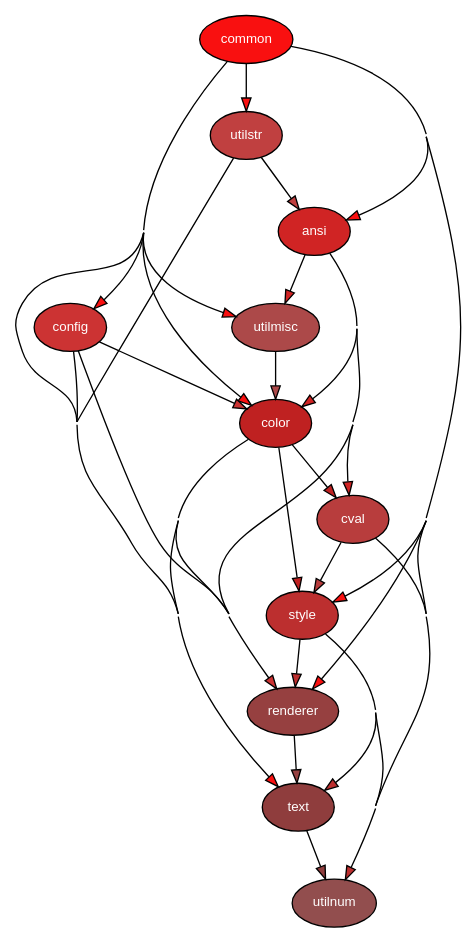
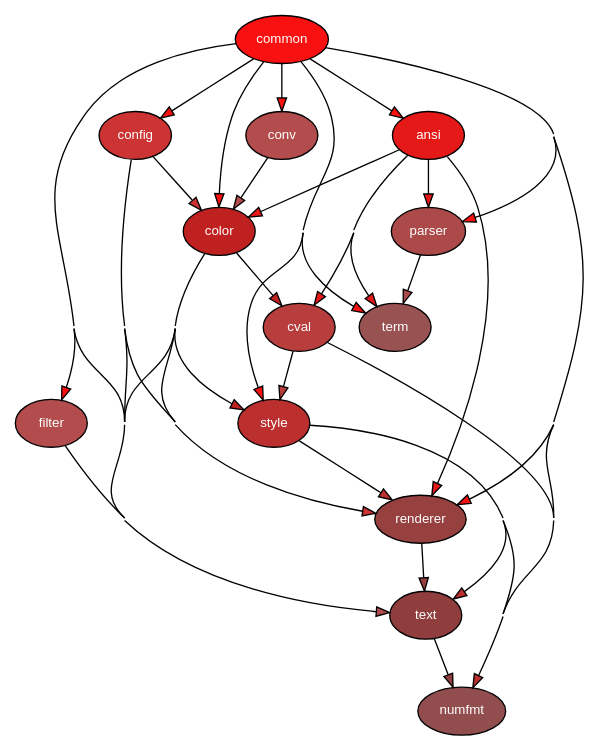
Before and after one commit to delameter/pytermor: the diagram in docs/generated/module.dot, drawn with Graphviz. The commit also changed 49 other files, not shown here.

```diff
--- a/docs/generated/module.dot
+++ b/docs/generated/module.dot
@@ -1,49 +1,54 @@
 
 digraph G {
     concentrate = true;
 
     rankdir = TB;
     node [style=filled,fillcolor="#ffffff",fontcolor="#000000",fontname=Helvetica,fontsize=10];
 
-    pytermor_ansi [fillcolor="#d02424",fontcolor="#ffffff",label="ansi"];
+    pytermor_ansi [fillcolor="#e61919",fontcolor="#ffffff",label="ansi"];
     pytermor_color [fillcolor="#bf2121",fontcolor="#ffffff",label="color"];
     pytermor_common [fillcolor="#f91010",fontcolor="#ffffff",label="common"];
     pytermor_config [fillcolor="#cc3333",fontcolor="#ffffff",label="config"];
+    pytermor_conv [fillcolor="#b34c4c",fontcolor="#ffffff",label="conv"];
     pytermor_cval [fillcolor="#b83d3d",fontcolor="#ffffff",label="cval"];
+    pytermor_filter [fillcolor="#b34c4c",fontcolor="#ffffff",label="filter"];
+    pytermor_numfmt [fillcolor="#924e4e",fontcolor="#ffffff",label="numfmt"];
+    pytermor_parser [fillcolor="#ac4949",fontcolor="#ffffff",label="parser"];
     pytermor_renderer [fillcolor="#964040",fontcolor="#ffffff",label="renderer"];
     pytermor_style [fillcolor="#bc2f2f",fontcolor="#ffffff",label="style"];
+    pytermor_term [fillcolor="#995252",fontcolor="#ffffff",label="term"];
     pytermor_text [fillcolor="#8f3d3d",fontcolor="#ffffff",label="text"];
-    pytermor_utilmisc [fillcolor="#ac4949",fontcolor="#ffffff",label="utilmisc"];
-    pytermor_utilnum [fillcolor="#924e4e",fontcolor="#ffffff",label="utilnum"];
-    pytermor_utilstr [fillcolor="#c04040",fontcolor="#ffffff",label="utilstr"];
-    pytermor_ansi -> pytermor_color [fillcolor="#d02424"];
-    pytermor_ansi -> pytermor_cval [fillcolor="#d02424"];
-    pytermor_ansi -> pytermor_renderer [fillcolor="#d02424"];
-    pytermor_ansi -> pytermor_utilmisc [fillcolor="#d02424"];
+    pytermor_ansi -> pytermor_color [fillcolor="#e61919"];
+    pytermor_ansi -> pytermor_cval [fillcolor="#e61919"];
+    pytermor_ansi -> pytermor_parser [fillcolor="#e61919"];
+    pytermor_ansi -> pytermor_renderer [fillcolor="#e61919"];
+    pytermor_ansi -> pytermor_term [fillcolor="#e61919"];
     pytermor_color -> pytermor_cval [fillcolor="#bf2121"];
     pytermor_color -> pytermor_renderer [fillcolor="#bf2121"];
     pytermor_color -> pytermor_style [fillcolor="#bf2121"];
     pytermor_color -> pytermor_text [fillcolor="#bf2121"];
     pytermor_common -> pytermor_ansi [fillcolor="#f91010"];
     pytermor_common -> pytermor_color [fillcolor="#f91010"];
     pytermor_common -> pytermor_config [fillcolor="#f91010"];
+    pytermor_common -> pytermor_conv [fillcolor="#f91010"];
+    pytermor_common -> pytermor_filter [fillcolor="#f91010"];
+    pytermor_common -> pytermor_numfmt [fillcolor="#f91010"];
+    pytermor_common -> pytermor_parser [fillcolor="#f91010"];
     pytermor_common -> pytermor_renderer [fillcolor="#f91010"];
     pytermor_common -> pytermor_style [fillcolor="#f91010"];
+    pytermor_common -> pytermor_term [fillcolor="#f91010"];
     pytermor_common -> pytermor_text [fillcolor="#f91010"];
-    pytermor_common -> pytermor_utilmisc [fillcolor="#f91010"];
-    pytermor_common -> pytermor_utilnum [fillcolor="#f91010"];
-    pytermor_common -> pytermor_utilstr [fillcolor="#f91010"];
     pytermor_config -> pytermor_color [fillcolor="#cc3333"];
     pytermor_config -> pytermor_renderer [fillcolor="#cc3333"];
     pytermor_config -> pytermor_text [fillcolor="#cc3333"];
+    pytermor_conv -> pytermor_color [fillcolor="#b34c4c"];
+    pytermor_cval -> pytermor_numfmt [fillcolor="#b83d3d"];
     pytermor_cval -> pytermor_style [fillcolor="#b83d3d"];
-    pytermor_cval -> pytermor_utilnum [fillcolor="#b83d3d"];
+    pytermor_filter -> pytermor_text [fillcolor="#b34c4c"];
+    pytermor_parser -> pytermor_term [fillcolor="#ac4949"];
     pytermor_renderer -> pytermor_text [fillcolor="#964040"];
+    pytermor_style -> pytermor_numfmt [fillcolor="#bc2f2f"];
     pytermor_style -> pytermor_renderer [fillcolor="#bc2f2f"];
     pytermor_style -> pytermor_text [fillcolor="#bc2f2f"];
-    pytermor_style -> pytermor_utilnum [fillcolor="#bc2f2f"];
-    pytermor_text -> pytermor_utilnum [fillcolor="#8f3d3d"];
-    pytermor_utilmisc -> pytermor_color [fillcolor="#ac4949"];
-    pytermor_utilstr -> pytermor_ansi [fillcolor="#c04040"];
-    pytermor_utilstr -> pytermor_text [fillcolor="#c04040"];
+    pytermor_text -> pytermor_numfmt [fillcolor="#8f3d3d"];
 }
```
